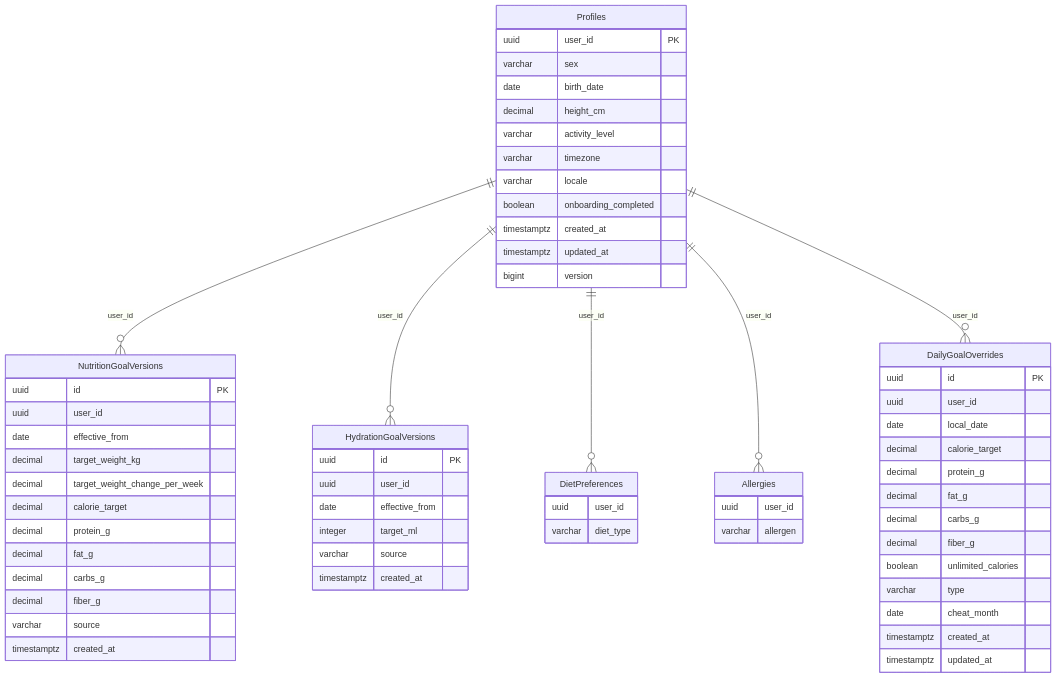
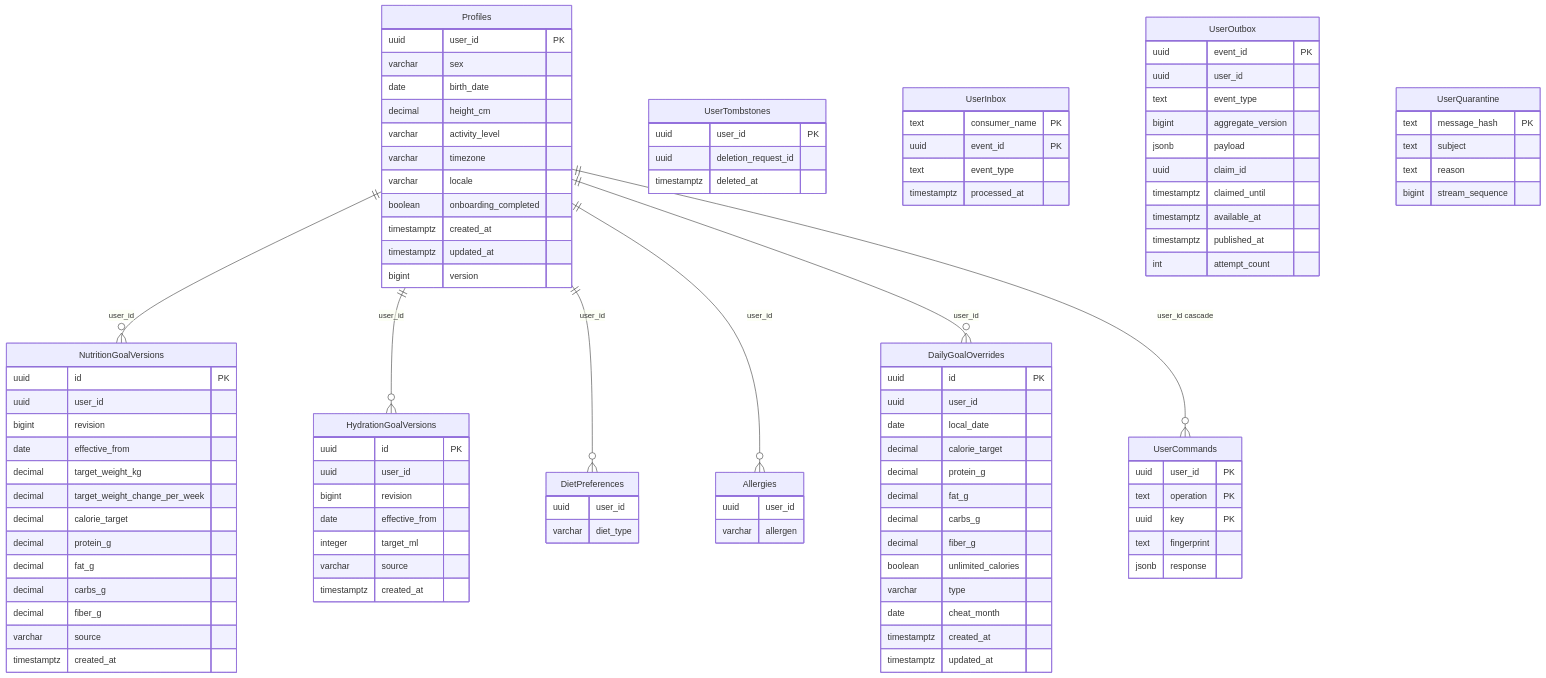
Before and after one commit to COOKieProjectTeam/cookie: the diagram in contracts/dbml/user.mmd, drawn with Mermaid. The commit also changed 67 other files, not shown here.

```diff
--- a/contracts/dbml/user.mmd
+++ b/contracts/dbml/user.mmd
@@ -1,72 +1,112 @@
 %% user service schema — derived from user.dbml
 %% Cross-service references are intentionally omitted.
 erDiagram
   Profiles {
     uuid user_id PK
     varchar sex
     date birth_date
     decimal height_cm
     varchar activity_level
     varchar timezone
     varchar locale
     boolean onboarding_completed
     timestamptz created_at
     timestamptz updated_at
     bigint version
   }
 
   NutritionGoalVersions {
     uuid id PK
     uuid user_id
+    bigint revision
     date effective_from
     decimal target_weight_kg
     decimal target_weight_change_per_week
     decimal calorie_target
     decimal protein_g
     decimal fat_g
     decimal carbs_g
     decimal fiber_g
     varchar source
     timestamptz created_at
   }
 
   HydrationGoalVersions {
     uuid id PK
     uuid user_id
+    bigint revision
     date effective_from
     integer target_ml
     varchar source
     timestamptz created_at
   }
 
   DietPreferences {
     uuid user_id
     varchar diet_type
   }
 
   Allergies {
     uuid user_id
     varchar allergen
   }
 
   DailyGoalOverrides {
     uuid id PK
     uuid user_id
     date local_date
     decimal calorie_target
     decimal protein_g
     decimal fat_g
     decimal carbs_g
     decimal fiber_g
     boolean unlimited_calories
     varchar type
     date cheat_month
     timestamptz created_at
     timestamptz updated_at
   }
 
   Profiles ||--o{ NutritionGoalVersions : "user_id"
   Profiles ||--o{ HydrationGoalVersions : "user_id"
   Profiles ||--o{ DietPreferences : "user_id"
   Profiles ||--o{ Allergies : "user_id"
   Profiles ||--o{ DailyGoalOverrides : "user_id"
+
+  UserTombstones {
+    uuid user_id PK
+    uuid deletion_request_id
+    timestamptz deleted_at
+  }
+  UserCommands {
+    uuid user_id PK
+    text operation PK
+    uuid key PK
+    text fingerprint
+    jsonb response
+  }
+  UserInbox {
+    text consumer_name PK
+    uuid event_id PK
+    text event_type
+    timestamptz processed_at
+  }
+  UserOutbox {
+    uuid event_id PK
+    uuid user_id
+    text event_type
+    bigint aggregate_version
+    jsonb payload
+    uuid claim_id
+    timestamptz claimed_until
+    timestamptz available_at
+    timestamptz published_at
+    int attempt_count
+  }
+  UserQuarantine {
+    text message_hash PK
+    text subject
+    text reason
+    bigint stream_sequence
+  }
+  Profiles ||--o{ UserCommands : "user_id cascade"
```
